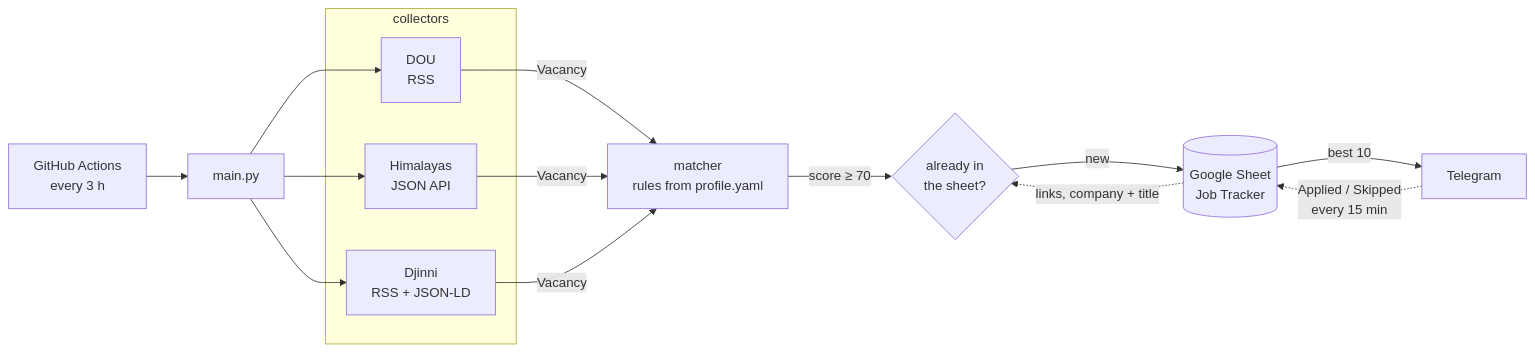
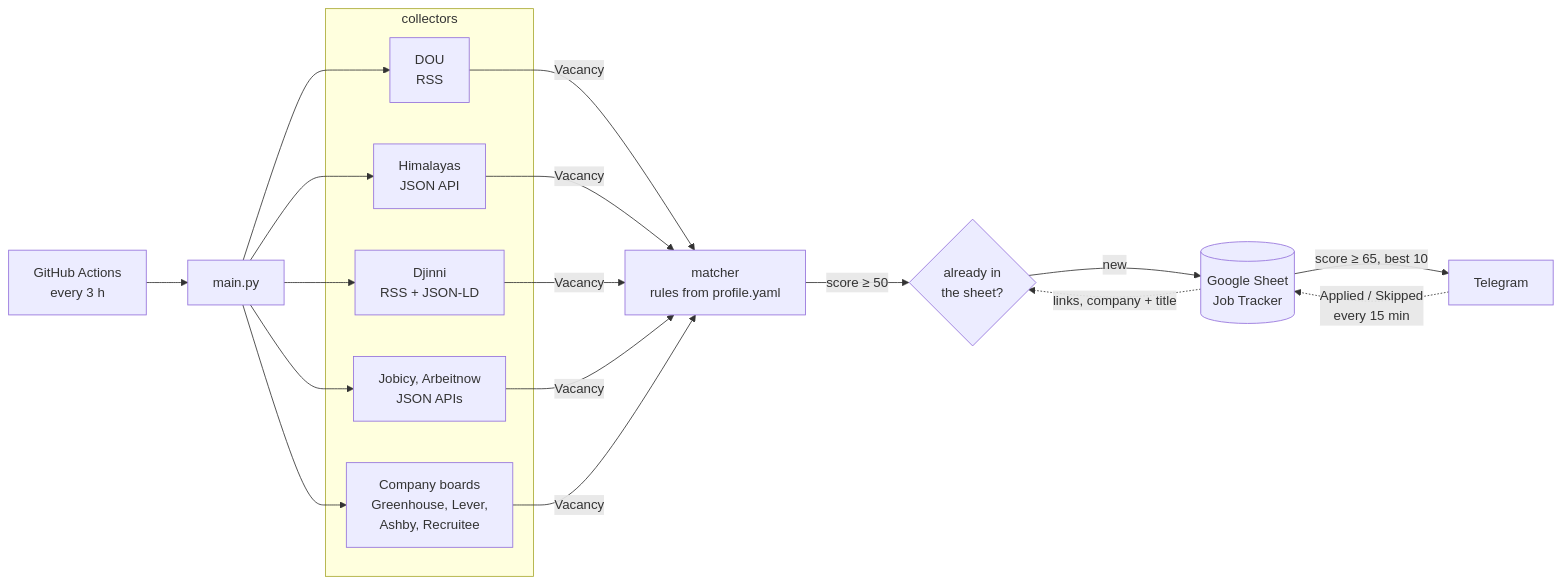
Before and after one commit to dim-dimy4/job-matcher: the diagram in README.md, drawn with Mermaid. The commit also changed other lines of this file and 1 other file, not shown here.

Commit message:
Document the new sources and the checks behind them
README: the new sources in the intro, the architecture diagram (with
the two thresholds) and the sources table, and how to add a company.
SPEC §4.1: Adzuna and Jooble as checked but not used, with what their
terms say; the repository layout gains the new collectors and
config/companies.yaml.

````diff
--- a/README.md
+++ b/README.md
@@ -14,16 +14,18 @@
 ```mermaid
 flowchart LR
     cron["GitHub Actions<br/>every 3 h"] --> main["main.py"]
     subgraph collectors
         dou["DOU<br/>RSS"]
         him["Himalayas<br/>JSON API"]
         djinni["Djinni<br/>RSS + JSON-LD"]
+        feeds["Jobicy, Arbeitnow<br/>JSON APIs"]
+        ats["Company boards<br/>Greenhouse, Lever,<br/>Ashby, Recruitee"]
     end
-    main --> dou & him & djinni
-    dou & him & djinni -->|Vacancy| matcher["matcher<br/>rules from profile.yaml"]
-    matcher -->|"score ≥ 70"| dedup{"already in<br/>the sheet?"}
+    main --> dou & him & djinni & feeds & ats
+    dou & him & djinni & feeds & ats -->|Vacancy| matcher["matcher<br/>rules from profile.yaml"]
+    matcher -->|"score ≥ 50"| dedup{"already in<br/>the sheet?"}
     dedup -->|new| sheet[("Google Sheet<br/>Job Tracker")]
-    sheet -->|"best 10"| tg["Telegram"]
+    sheet -->|"score ≥ 65, best 10"| tg["Telegram"]
     sheet -. "links, company + title" .-> dedup
     tg -. "Applied / Skipped<br/>every 15 min" .-> sheet
 ```
````
